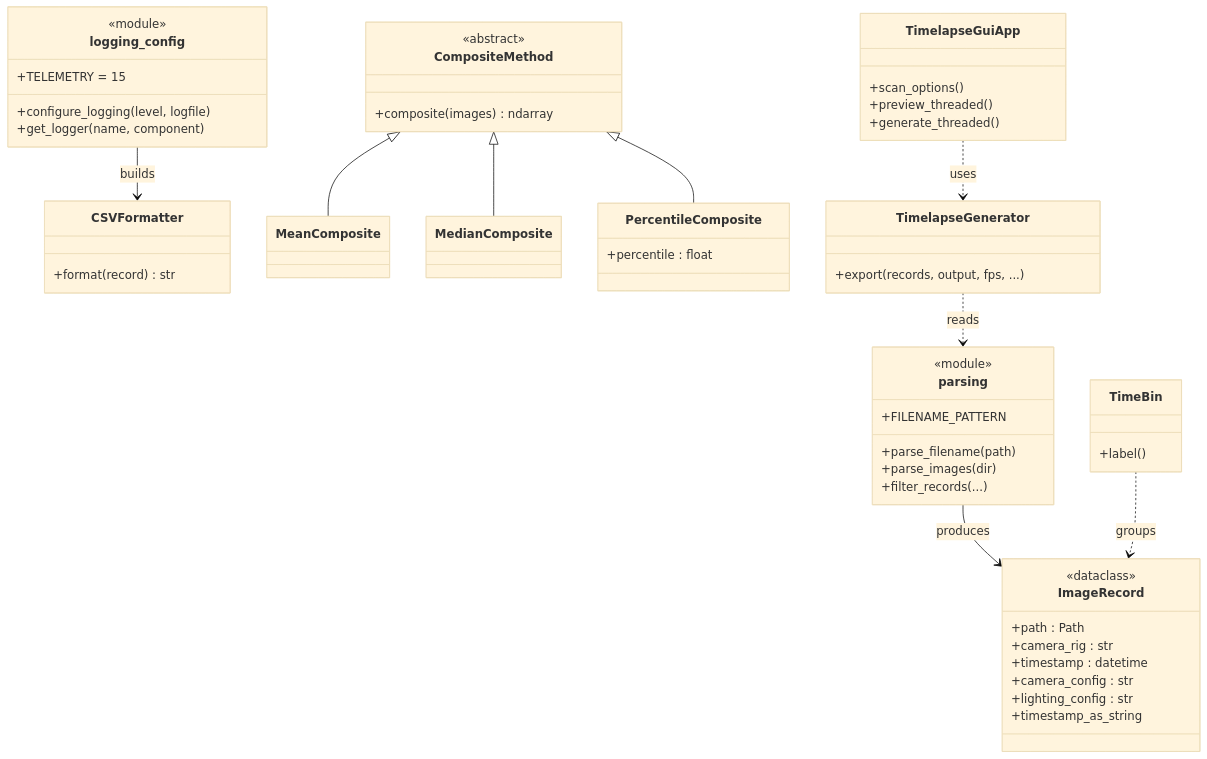
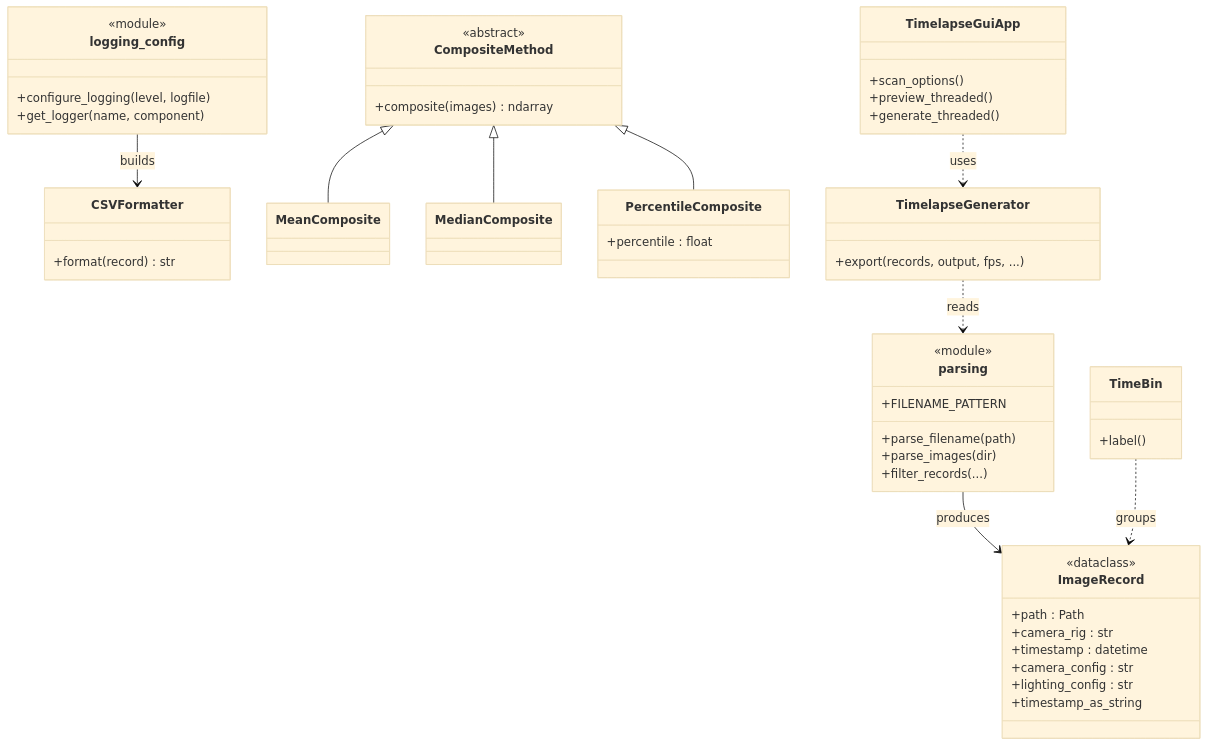
One commit to OldManAnders/lotus-pto-camera changed the third of 5 diagrams in docs/architecture.md. Above: the diagram before and after it, drawn with Mermaid (base theme). The commit also changed other lines of this file and 2 other files, not shown here.

Commit message:
Removed Telemetry from docs

````diff
--- a/docs/architecture.md
+++ b/docs/architecture.md
@@ -186,64 +186,63 @@
 ```mermaid
 classDiagram
     direction TB
 
     class logging_config {
         <<module>>
-        +TELEMETRY = 15
         +configure_logging(level, logfile)
         +get_logger(name, component)
     }
 
     class CSVFormatter {
         +format(record) str
     }
 
     class parsing {
         <<module>>
         +FILENAME_PATTERN
         +parse_filename(path)
         +parse_images(dir)
         +filter_records(...)
     }
 
     class ImageRecord {
         <<dataclass>>
         +path : Path
         +camera_rig : str
         +timestamp : datetime
         +camera_config : str
         +lighting_config : str
         +timestamp_as_string
     }
 
     class CompositeMethod {
         <<abstract>>
         +composite(images) ndarray
     }
     class MeanComposite
     class MedianComposite
     class PercentileComposite {
         +percentile : float
     }
 
     class TimeBin {
         +label()
     }
     class TimelapseGenerator {
         +export(records, output, fps, ...)
     }
     class TimelapseGuiApp {
         +scan_options()
         +preview_threaded()
         +generate_threaded()
     }
 
     logging_config --> CSVFormatter : builds
     parsing --> ImageRecord : produces
     CompositeMethod <|-- MeanComposite
     CompositeMethod <|-- MedianComposite
     CompositeMethod <|-- PercentileComposite
     TimelapseGuiApp ..> TimelapseGenerator : uses
     TimelapseGenerator ..> parsing : reads
     TimeBin ..> ImageRecord : groups
 ```
````
